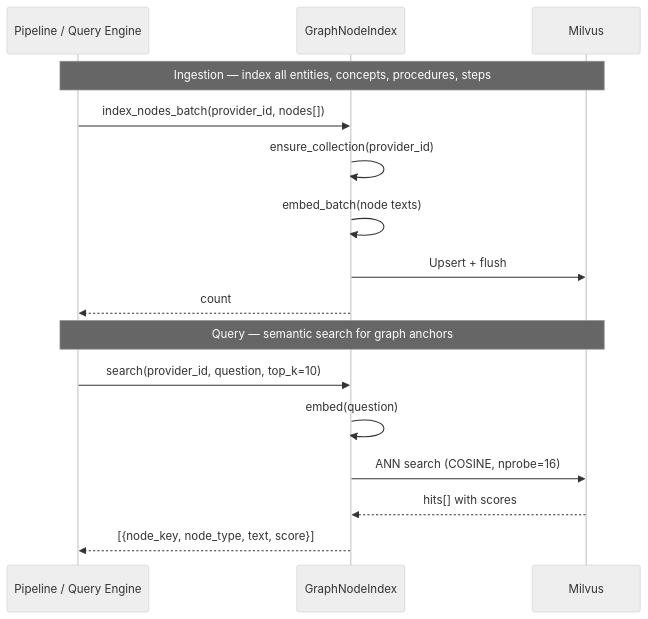
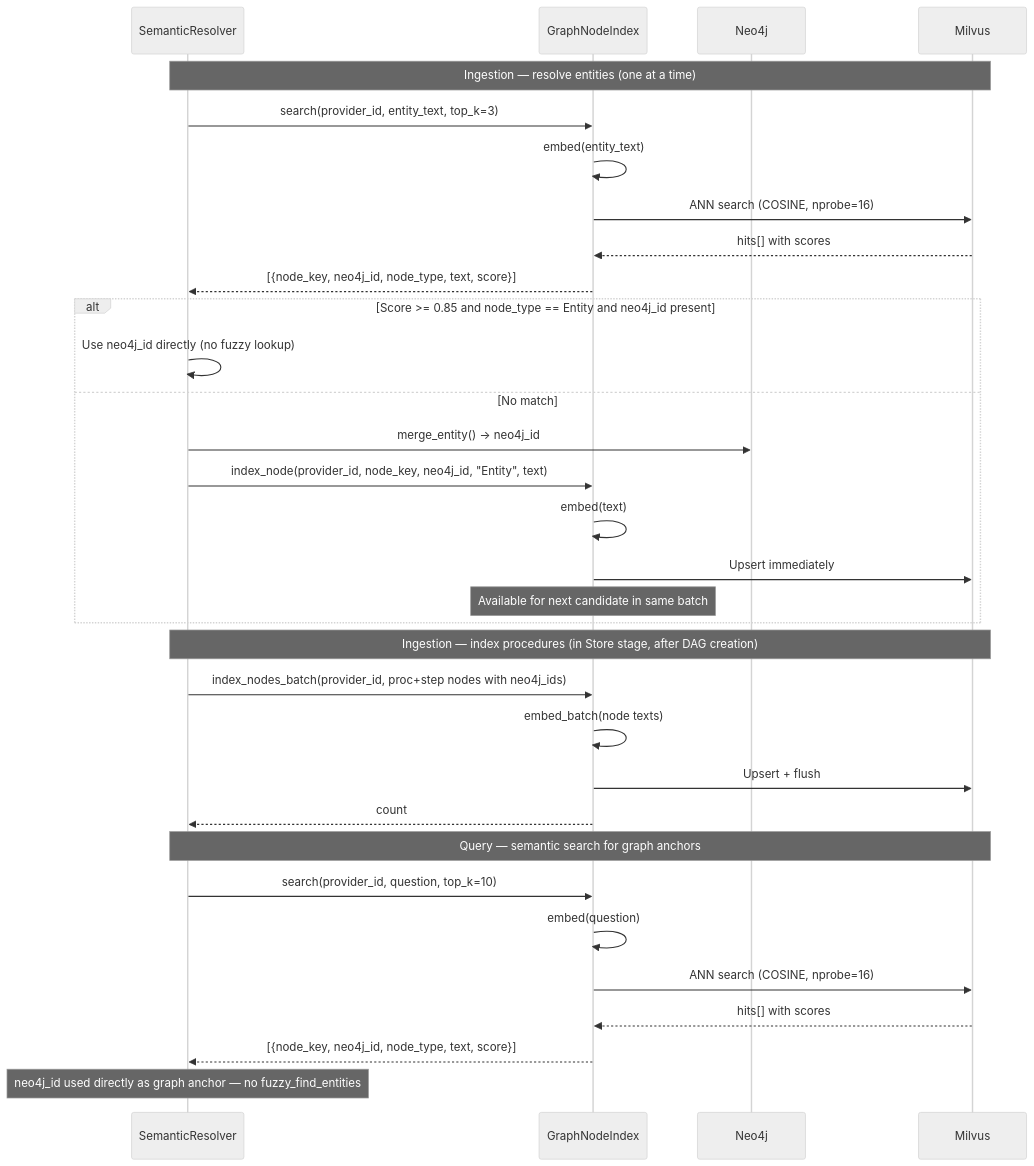
One commit to rashwin88/trident-demo changed the seventh of 8 diagrams in docs/stores.md. Above: the diagram before and after it, drawn with Mermaid (neutral theme). The commit also changed other lines of this file and 50 other files, not shown here.

````diff
--- a/docs/stores.md
+++ b/docs/stores.md
@@ -266,20 +303,37 @@
 ```mermaid
 sequenceDiagram
-    participant P as Pipeline / Query Engine
+    participant SR as SemanticResolver
     participant GN as GraphNodeIndex
+    participant G as Neo4j
     participant M as Milvus
 
-    Note over P,M: Ingestion — index all entities, concepts, procedures, steps
-    P->>GN: index_nodes_batch(provider_id, nodes[])
-    GN->>GN: ensure_collection(provider_id)
+    Note over SR,M: Ingestion — resolve entities (one at a time)
+    SR->>GN: search(provider_id, entity_text, top_k=3)
+    GN->>GN: embed(entity_text)
+    GN->>M: ANN search (COSINE, nprobe=16)
+    M-->>GN: hits[] with scores
+    GN-->>SR: [{node_key, neo4j_id, node_type, text, score}]
+    alt Score >= 0.85 and node_type == Entity and neo4j_id present
+        SR->>SR: Use neo4j_id directly (no fuzzy lookup)
+    else No match
+        SR->>G: merge_entity() → neo4j_id
+        SR->>GN: index_node(provider_id, node_key, neo4j_id, "Entity", text)
+        GN->>GN: embed(text)
+        GN->>M: Upsert immediately
+        Note over GN: Available for next candidate in same batch
+    end
+
+    Note over SR,M: Ingestion — index procedures (in Store stage, after DAG creation)
+    SR->>GN: index_nodes_batch(provider_id, proc+step nodes with neo4j_ids)
     GN->>GN: embed_batch(node texts)
     GN->>M: Upsert + flush
-    GN-->>P: count
+    GN-->>SR: count
 
-    Note over P,M: Query — semantic search for graph anchors
-    P->>GN: search(provider_id, question, top_k=10)
+    Note over SR,M: Query — semantic search for graph anchors
+    SR->>GN: search(provider_id, question, top_k=10)
     GN->>GN: embed(question)
     GN->>M: ANN search (COSINE, nprobe=16)
     M-->>GN: hits[] with scores
-    GN-->>P: [{node_key, node_type, text, score}]
+    GN-->>SR: [{node_key, neo4j_id, node_type, text, score}]
+    Note over SR: neo4j_id used directly as graph anchor — no fuzzy_find_entities
 ```
````
